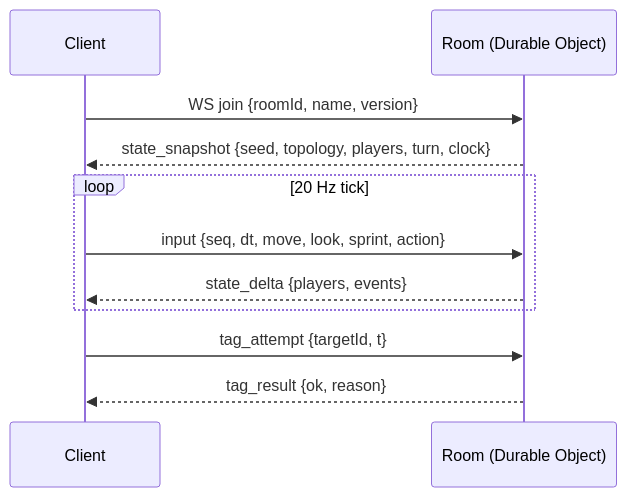
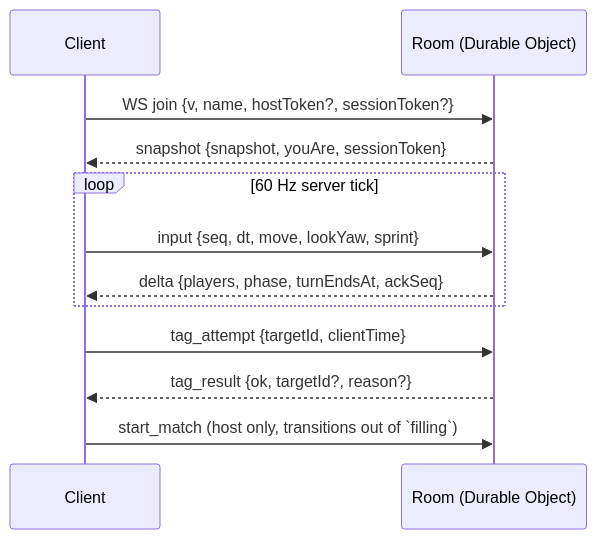
The fifth of 9 diagrams in docs/ARCHITECTURE.md (sean-reid/clowns-and-mimes), drawn with Mermaid before and after one commit. The commit also changed other lines of this file, not shown here.

First line of the commit message:
docs: audit and refresh ARCHITECTURE

````diff
--- a/docs/ARCHITECTURE.md
+++ b/docs/ARCHITECTURE.md
@@ -218,13 +231,14 @@
 ```mermaid
 sequenceDiagram
   participant C as Client
   participant DO as Room (Durable Object)
-  C->>DO: WS join {roomId, name, version}
-  DO-->>C: state_snapshot {seed, topology, players, turn, clock}
-  loop 20 Hz tick
-    C->>DO: input {seq, dt, move, look, sprint, action}
-    DO-->>C: state_delta {players, events}
+  C->>DO: WS join {v, name, hostToken?, sessionToken?}
+  DO-->>C: snapshot {snapshot, youAre, sessionToken}
+  loop 60 Hz server tick
+    C->>DO: input {seq, dt, move, lookYaw, sprint}
+    DO-->>C: delta {players, phase, turnEndsAt, ackSeq}
   end
-  C->>DO: tag_attempt {targetId, t}
-  DO-->>C: tag_result {ok, reason}
+  C->>DO: tag_attempt {targetId, clientTime}
+  DO-->>C: tag_result {ok, targetId?, reason?}
+  C->>DO: start_match  (host only, transitions out of `filling`)
 ```
````
